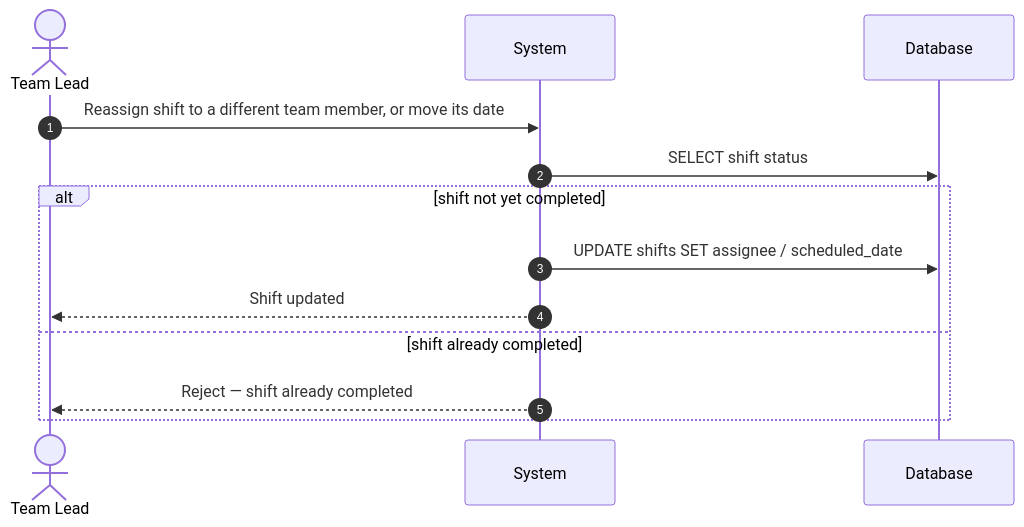
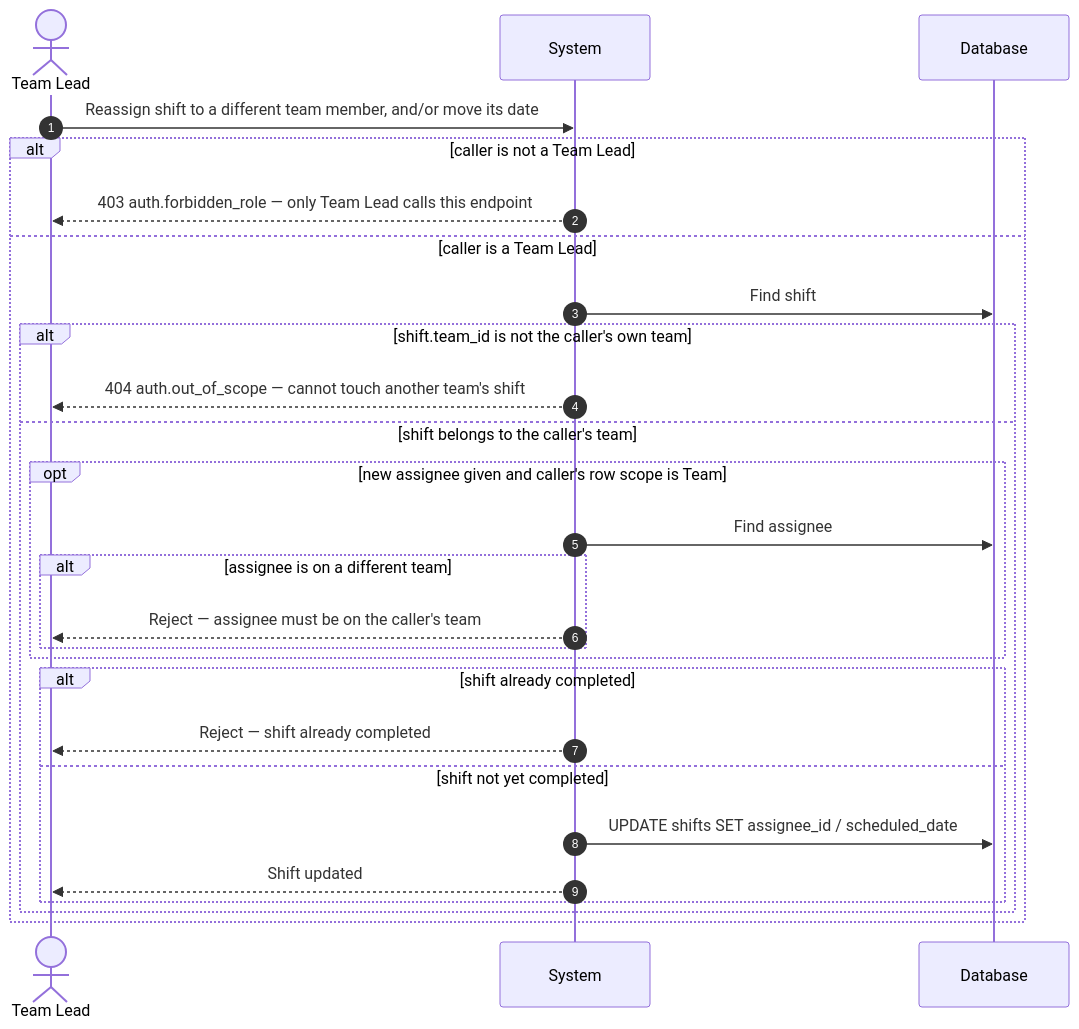
The tenth of 12 diagrams in docs/08-sequence-diagram.md (dDxCg/contrack), drawn with Mermaid before and after one commit. The commit also changed other lines of this file and 2 other files, not shown here.

Commit message:
sync staled class diagram and sequence diagrams

````diff
--- a/docs/08-sequence-diagram.md
+++ b/docs/08-sequence-diagram.md
@@ -240,16 +282,30 @@
 ```mermaid
 sequenceDiagram
     autonumber
     actor TeamLead as Team Lead
     participant System
     participant DB as Database
 
-    TeamLead->>System: Reassign shift to a different team member, or move its date
-    System->>DB: SELECT shift status
-    alt shift not yet completed
-        System->>DB: UPDATE shifts SET assignee / scheduled_date
-        System-->>TeamLead: Shift updated
-    else shift already completed
-        System-->>TeamLead: Reject — shift already completed
+    TeamLead->>System: Reassign shift to a different team member, and/or move its date
+    alt caller is not a Team Lead
+        System-->>TeamLead: 403 auth.forbidden_role — only Team Lead calls this endpoint
+    else caller is a Team Lead
+        System->>DB: Find shift
+        alt shift.team_id is not the caller's own team
+            System-->>TeamLead: 404 auth.out_of_scope — cannot touch another team's shift
+        else shift belongs to the caller's team
+            opt new assignee given and caller's row scope is Team
+                System->>DB: Find assignee
+                alt assignee is on a different team
+                    System-->>TeamLead: Reject — assignee must be on the caller's team
+                end
+            end
+            alt shift already completed
+                System-->>TeamLead: Reject — shift already completed
+            else shift not yet completed
+                System->>DB: UPDATE shifts SET assignee_id / scheduled_date
+                System-->>TeamLead: Shift updated
+            end
+        end
     end
 ```
````
